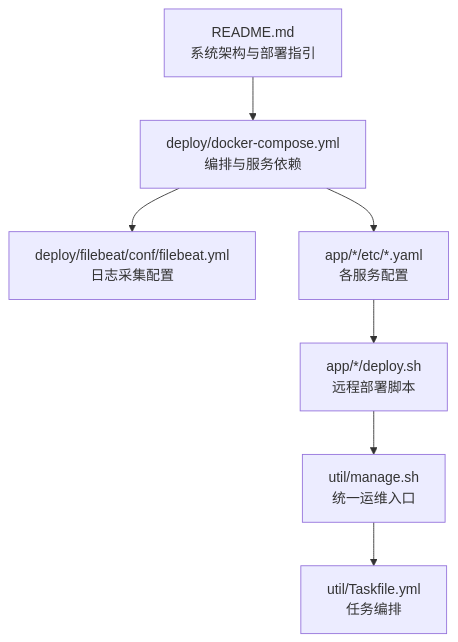
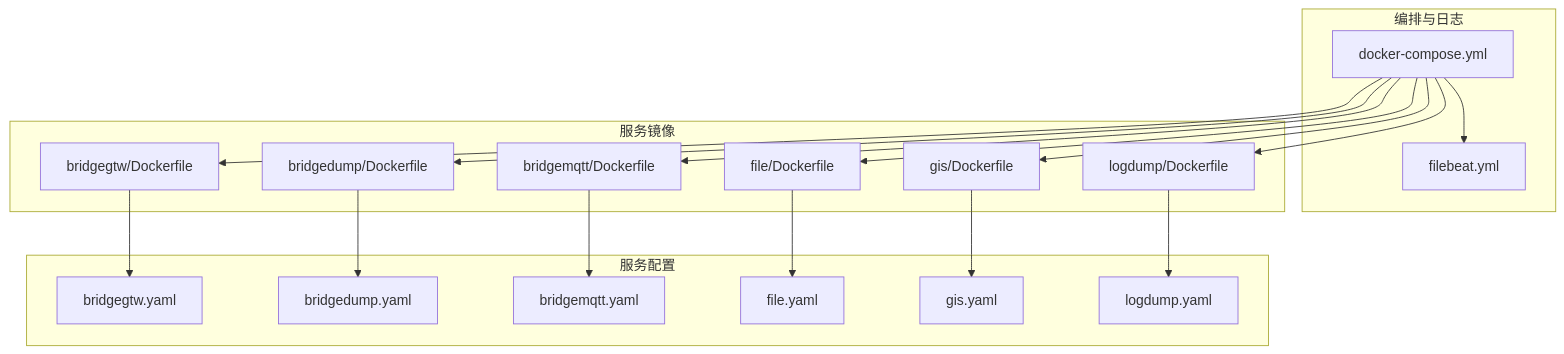
Before and after one commit to maomao94/zero-service: the first of 6 diagrams in .qoder/repowiki/zh/content/部署与运维/部署与运维.md, drawn with Mermaid. The commit also changed other lines of this file and 362 other files, not shown here.

````diff
--- a/.qoder/repowiki/zh/content/部署与运维/部署与运维.md
+++ b/.qoder/repowiki/zh/content/部署与运维/部署与运维.md
@@ -44,9 +47,36 @@
 ```mermaid
 graph TB
-A["README.md<br/>系统架构与部署指引"] --> B["deploy/docker-compose.yml<br/>编排与服务依赖"]
-B --> C["deploy/filebeat/conf/filebeat.yml<br/>日志采集配置"]
-B --> D["app/*/etc/*.yaml<br/>各服务配置"]
-D --> E["app/*/deploy.sh<br/>远程部署脚本"]
-E --> F["util/manage.sh<br/>统一运维入口"]
-F --> G["util/Taskfile.yml<br/>任务编排"]
+subgraph "编排与日志"
+DC["docker-compose.yml"]
+FB["filebeat.yml"]
+end
+subgraph "服务镜像"
+BGW["bridgegtw/Dockerfile"]
+BDM["bridgedump/Dockerfile"]
+BMQ["bridgemqtt/Dockerfile"]
+FIL["file/Dockerfile"]
+GIS["gis/Dockerfile"]
+LOG["logdump/Dockerfile"]
+end
+subgraph "服务配置"
+CFG_BGW["bridgegtw.yaml"]
+CFG_BDM["bridgedump.yaml"]
+CFG_BMQ["bridgemqtt.yaml"]
+CFG_FIL["file.yaml"]
+CFG_GIS["gis.yaml"]
+CFG_LOG["logdump.yaml"]
+end
+DC --> FB
+DC --> BGW
+DC --> BDM
+DC --> BMQ
+DC --> FIL
+DC --> GIS
+DC --> LOG
+BGW --> CFG_BGW
+BDM --> CFG_BDM
+BMQ --> CFG_BMQ
+FIL --> CFG_FIL
+GIS --> CFG_GIS
+LOG --> CFG_LOG
 ```
````
